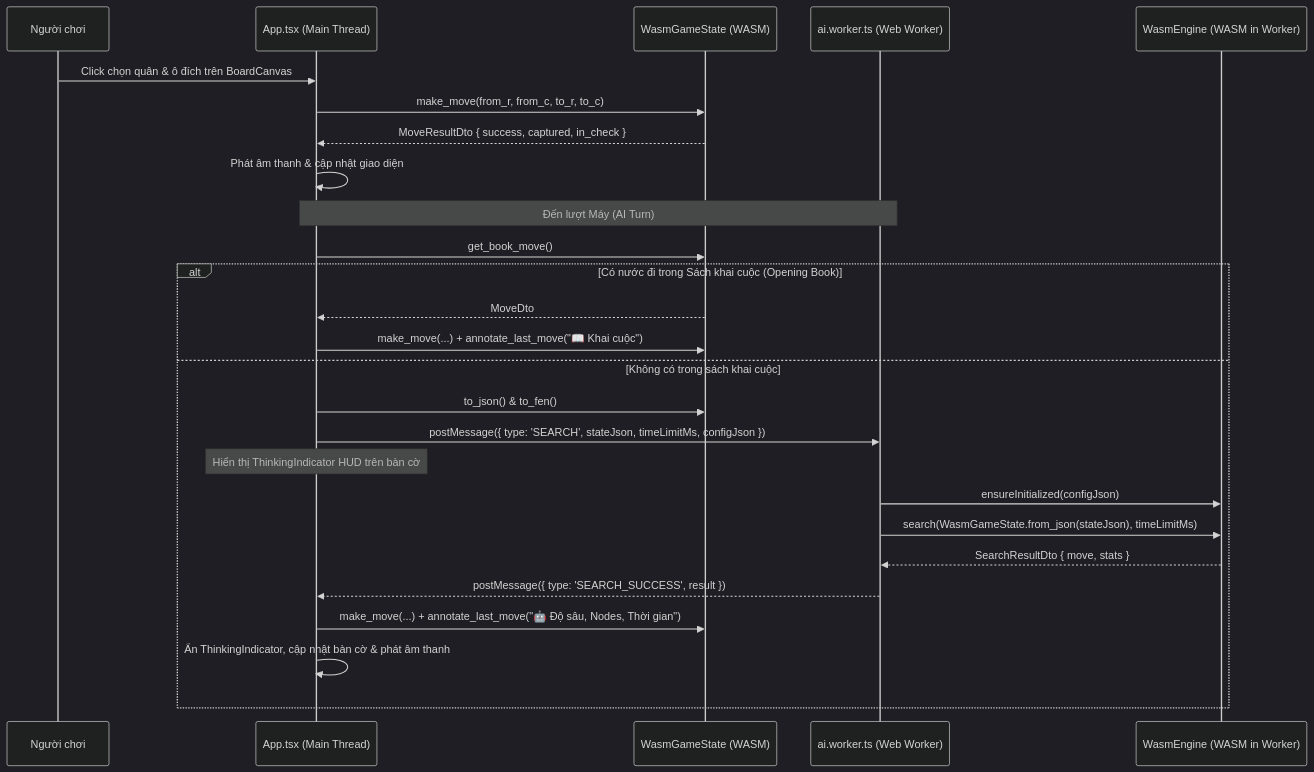
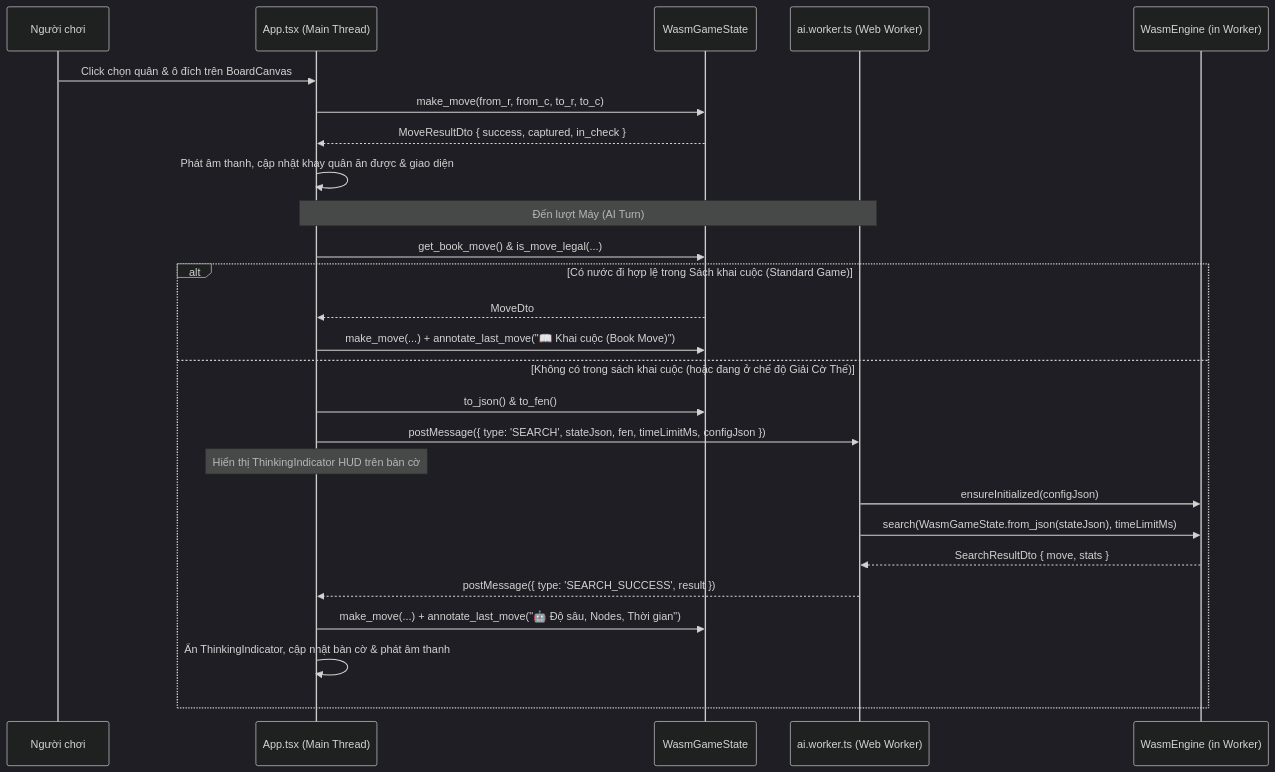
The fifth of 5 diagrams in ARCHITECTURE.md (thichuong/GameCoTuong), drawn with Mermaid (dark theme) before and after one commit. The commit also changed other lines of this file and 8 other files, not shown here.

````diff
--- a/ARCHITECTURE.md
+++ b/ARCHITECTURE.md
@@ -255,30 +299,30 @@
 ```mermaid
 sequenceDiagram
     participant User as Người chơi
     participant App as App.tsx (Main Thread)
-    participant WGS as WasmGameState (WASM)
+    participant WGS as WasmGameState
     participant Worker as ai.worker.ts (Web Worker)
-    participant WE as WasmEngine (WASM in Worker)
+    participant WE as WasmEngine (in Worker)
 
     User->>App: Click chọn quân & ô đích trên BoardCanvas
     App->>WGS: make_move(from_r, from_c, to_r, to_c)
     WGS-->>App: MoveResultDto { success, captured, in_check }
-    App->>App: Phát âm thanh & cập nhật giao diện
+    App->>App: Phát âm thanh, cập nhật khay quân ăn được & giao diện
 
     Note over App,Worker: Đến lượt Máy (AI Turn)
-    App->>WGS: get_book_move()
-    alt Có nước đi trong Sách khai cuộc (Opening Book)
+    App->>WGS: get_book_move() & is_move_legal(...)
+    alt Có nước đi hợp lệ trong Sách khai cuộc (Standard Game)
         WGS-->>App: MoveDto
-        App->>WGS: make_move(...) + annotate_last_move("📖 Khai cuộc")
-    else Không có trong sách khai cuộc
+        App->>WGS: make_move(...) + annotate_last_move("📖 Khai cuộc (Book Move)")
+    else Không có trong sách khai cuộc (hoặc đang ở chế độ Giải Cờ Thế)
         App->>WGS: to_json() & to_fen()
-        App->>Worker: postMessage({ type: 'SEARCH', stateJson, timeLimitMs, configJson })
+        App->>Worker: postMessage({ type: 'SEARCH', stateJson, fen, timeLimitMs, configJson })
         Note over App: Hiển thị ThinkingIndicator HUD trên bàn cờ
         Worker->>WE: ensureInitialized(configJson)
         Worker->>WE: search(WasmGameState.from_json(stateJson), timeLimitMs)
         WE-->>Worker: SearchResultDto { move, stats }
         Worker-->>App: postMessage({ type: 'SEARCH_SUCCESS', result })
         App->>WGS: make_move(...) + annotate_last_move("🤖 Độ sâu, Nodes, Thời gian")
         App->>App: Ẩn ThinkingIndicator, cập nhật bàn cờ & phát âm thanh
     end
 ```
````
